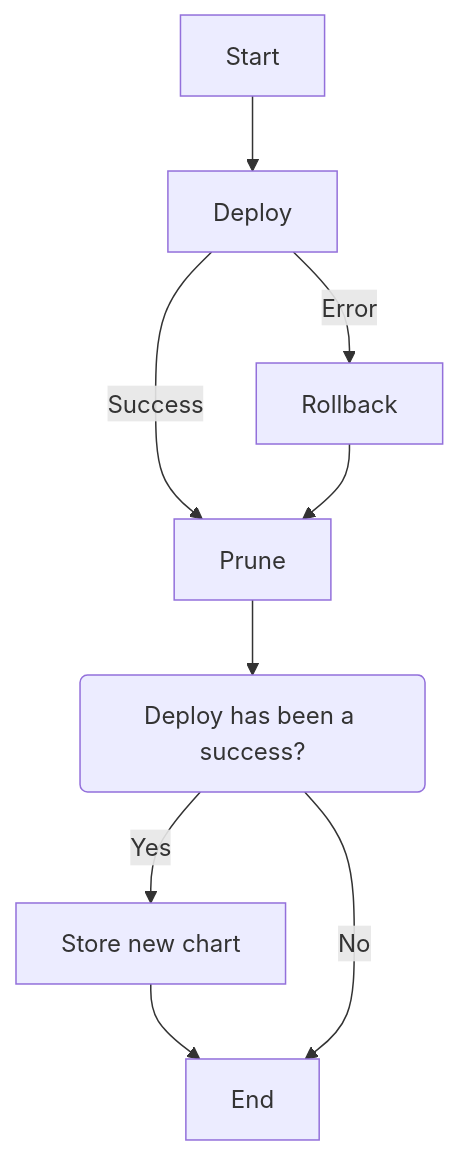
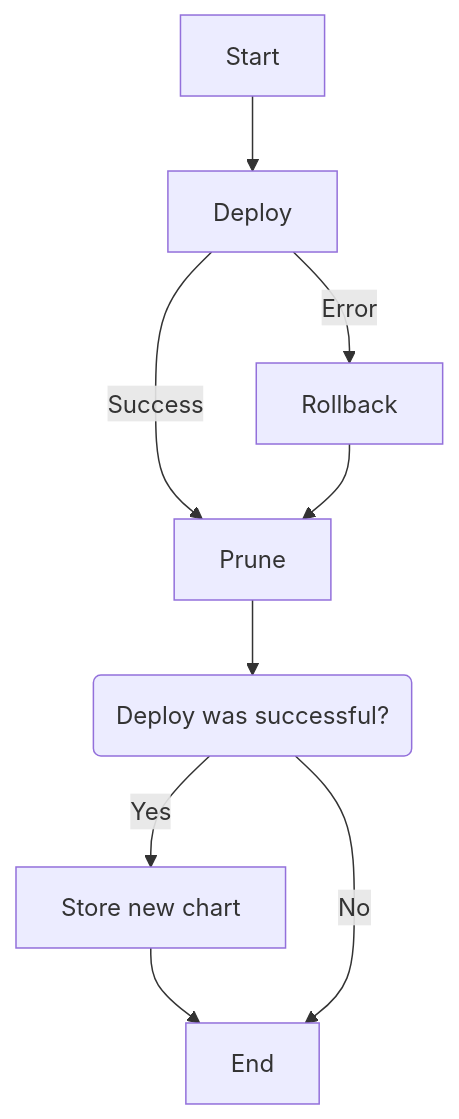
The diagram in docusaurus/blog/2025-07-11-cdk8s-deployment.md (LaWebcapsule/orbits), drawn with Mermaid before and after one commit. The commit also changed other lines of this file and 58 other files, not shown here.

````diff
--- a/docusaurus/blog/2025-07-11-cdk8s-deployment.md
+++ b/docusaurus/blog/2025-07-11-cdk8s-deployment.md
@@ -139,13 +148,13 @@
 ```mermaid
 flowchart TD
     Start["Start"] --> Deploy["Deploy"]
     Deploy -- Success --> FinallyPrune["Prune"]
     Deploy -- Error --> SetRollback["Rollback"]
     SetRollback --> FinallyPrune
-    FinallyPrune --> CheckRollbackFlag["Deploy has been a success?"]
+    FinallyPrune --> CheckRollbackFlag["Deploy was successful?"]
     CheckRollbackFlag -- Yes --> Store["Store new chart"]
     Store --> End["End"]
     CheckRollbackFlag -- No --> End
 
     CheckRollbackFlag@{ shape: rounded}
 ```
````
